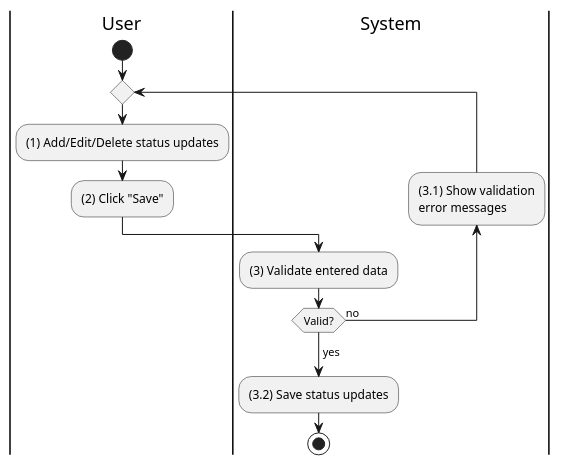
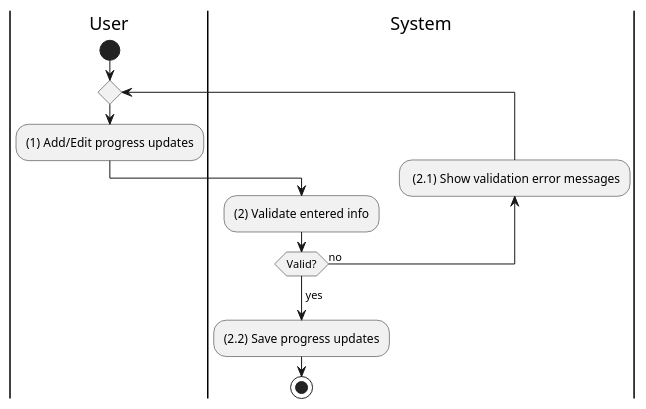
One commit to phihungha/scmss-reqs changed the diagram in activities/production-order-update-progress.plantuml. Above: the diagram before and after it, drawn with PlantUML. The commit also changed 19 other files, not shown here.

```diff
--- a/activities/production-order-update-progress.plantuml
+++ b/activities/production-order-update-progress.plantuml
@@ -1,19 +1,16 @@
 @startuml production-order-update-progress
 |u|User
 |s|System
 
 |u|
 start
 repeat
-    :(1) Add/Edit/Delete status updates;
-    :(2) Click "Save";
-
+    :(1) Add/Edit progress updates;
     |s|
-    :(3) Validate entered data;
-    backward:(3.1) Show validation
-    error messages;
+    :(2) Validate entered info;
+    backward: (2.1) Show validation error messages;
 repeat while (Valid?) is (no)
 ->yes;
-:(3.2) Save status updates;
+:(2.2) Save progress updates;
 stop
 @enduml
```
